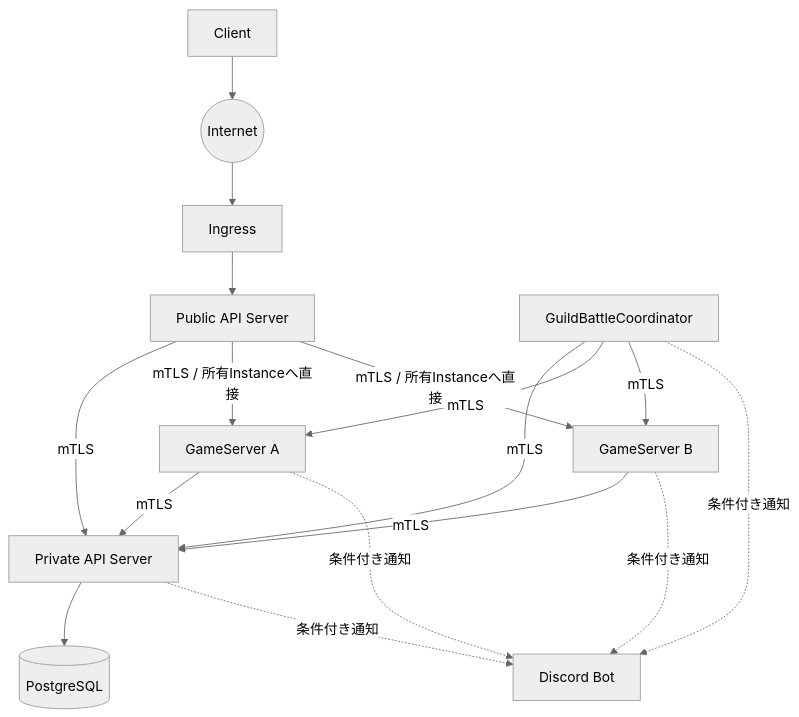
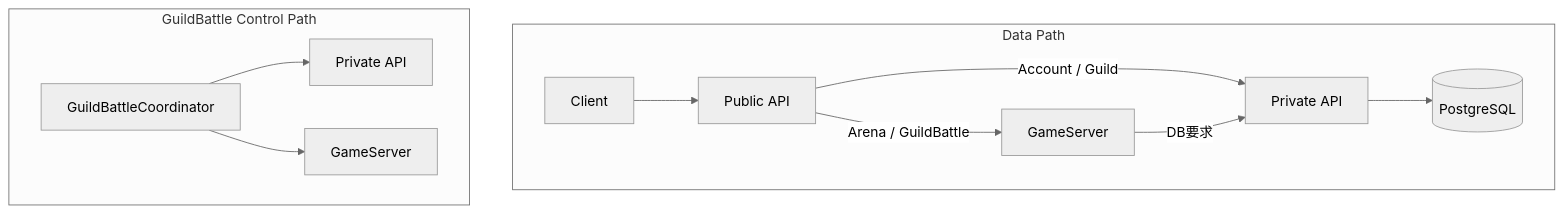
One commit to ReHydrangeaOdyssey/Specifications changed the first of 3 diagrams in design/programming/architecture.md. Above: the diagram before and after it, drawn with Mermaid (neutral theme). The commit also changed other lines of this file and 35 other files, not shown here.

````diff
--- a/design/programming/architecture.md
+++ b/design/programming/architecture.md
@@ -23,31 +37,15 @@
 ```mermaid
 flowchart TB
-    Internet((Internet))
-    Client[Client]
-    Ingress[Ingress]
-    PublicAPI[Public API Server]
-    PrivateAPI[Private API Server]
-    GameServerA[GameServer A]
-    GameServerB[GameServer B]
-    Coordinator[GuildBattleCoordinator]
-    DB[(PostgreSQL)]
-    Bot[Discord Bot]
+    subgraph DataPath[Data Path]
+        C[Client] --> P[Public API]
+        P -->|Account / Guild| PA[Private API]
+        P -->|Arena / GuildBattle| G[GameServer]
+        G -->|DB要求| PA
+        PA --> DB[(PostgreSQL)]
+    end
 
-    Client --> Internet --> Ingress --> PublicAPI
-    PublicAPI -->|mTLS| PrivateAPI
-    PublicAPI -->|mTLS / 所有Instanceへ直接| GameServerA
-    PublicAPI -->|mTLS / 所有Instanceへ直接| GameServerB
-
-    Coordinator -->|mTLS| PrivateAPI
-    Coordinator -->|mTLS| GameServerA
-    Coordinator -->|mTLS| GameServerB
-
-    GameServerA -->|mTLS| PrivateAPI
-    GameServerB -->|mTLS| PrivateAPI
-    PrivateAPI --> DB
-
-    GameServerA -. 条件付き通知 .-> Bot
-    GameServerB -. 条件付き通知 .-> Bot
-    Coordinator -. 条件付き通知 .-> Bot
-    PrivateAPI -. 条件付き通知 .-> Bot
+    subgraph ControlPath[GuildBattle Control Path]
+        GC[GuildBattleCoordinator] --> PA2[Private API]
+        GC --> G2[GameServer]
+    end
 ```
````
